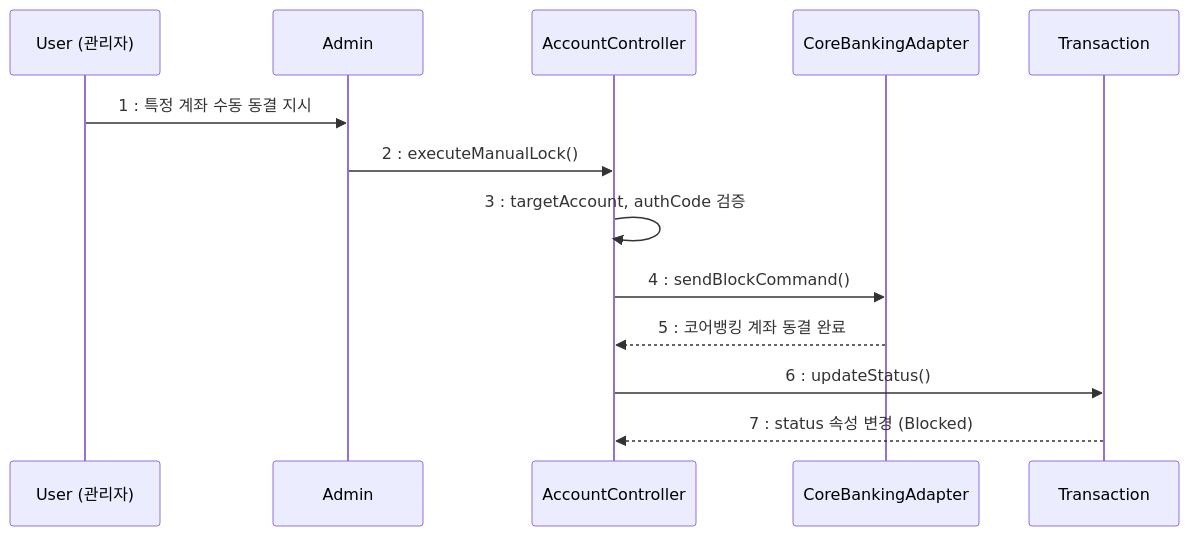
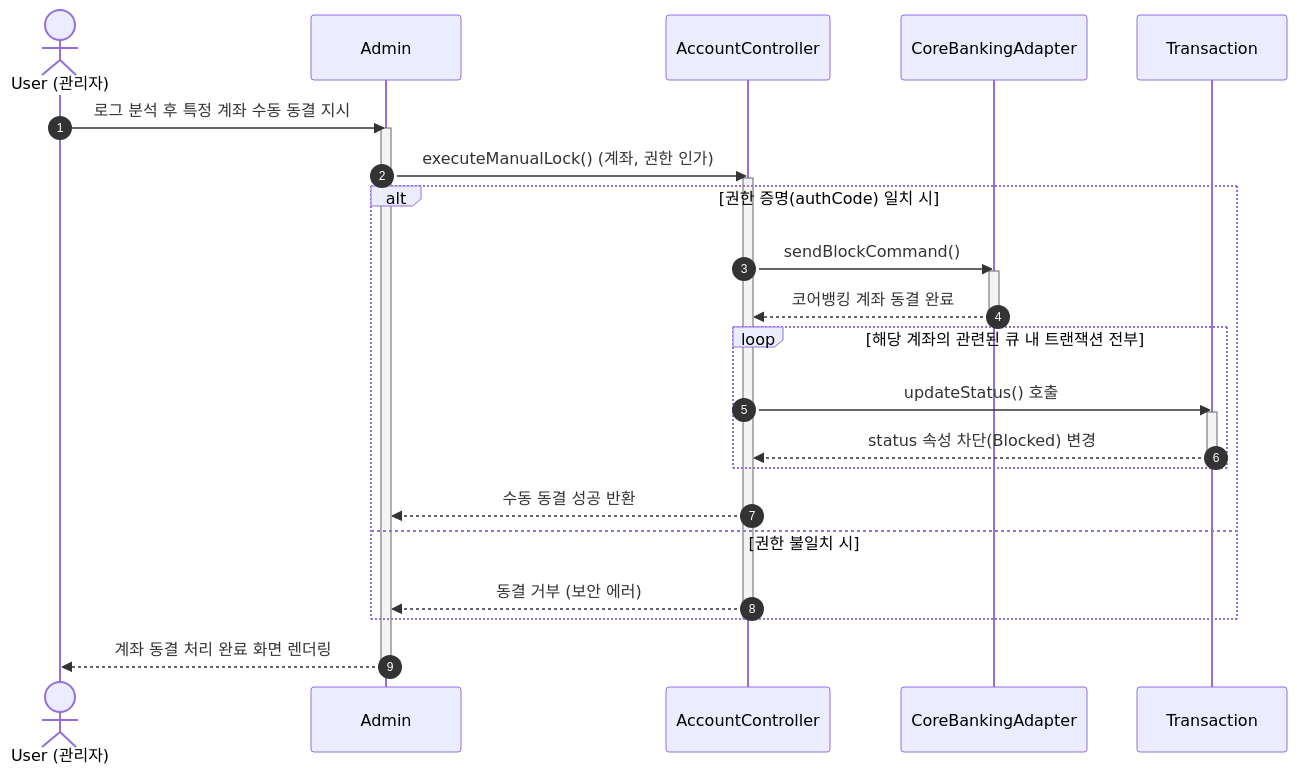
Before and after one commit to seokchaeyeon/2026_1_OSS: the tenth of 12 diagrams in Design_[22411890_석채연].md, drawn with Mermaid. The commit also changed other lines of this file, not shown here.

````diff
--- a/Design_[22411890_석채연].md
+++ b/Design_[22411890_석채연].md
@@ -270,16 +378,34 @@
 ```mermaid
 sequenceDiagram
-    participant User as User (관리자)
+    autonumber
+    actor User as User (관리자)
     participant Admin as Admin
     participant Controller as AccountController
     participant Adapter as CoreBankingAdapter
     participant Tx as Transaction
 
-    User->>Admin: 1 : 특정 계좌 수동 동결 지시
-    Admin->>Controller: 2 : executeManualLock()
-    Controller->>Controller: 3 : targetAccount, authCode 검증
-    Controller->>Adapter: 4 : sendBlockCommand()
-    Adapter-->>Controller: 5 : 코어뱅킹 계좌 동결 완료
-    Controller->>Tx: 6 : updateStatus()
-    Tx-->>Controller: 7 : status 속성 변경 (Blocked)
+    User->>Admin: 로그 분석 후 특정 계좌 수동 동결 지시
+    activate Admin
+    Admin->>Controller: executeManualLock() (계좌, 권한 인가)
+    activate Controller
+    
+    alt 권한 증명(authCode) 일치 시
+        Controller->>Adapter: sendBlockCommand()
+        activate Adapter
+        Adapter-->>Controller: 코어뱅킹 계좌 동결 완료
+        deactivate Adapter
+        
+        loop 해당 계좌의 관련된 큐 내 트랜잭션 전부
+            Controller->>Tx: updateStatus() 호출
+            activate Tx
+            Tx-->>Controller: status 속성 차단(Blocked) 변경
+            deactivate Tx
+        end
+        Controller-->>Admin: 수동 동결 성공 반환
+    else 권한 불일치 시
+        Controller-->>Admin: 동결 거부 (보안 에러)
+    end
+    deactivate Controller
+    Admin-->>User: 계좌 동결 처리 완료 화면 렌더링
+    deactivate Admin
 ```
````
